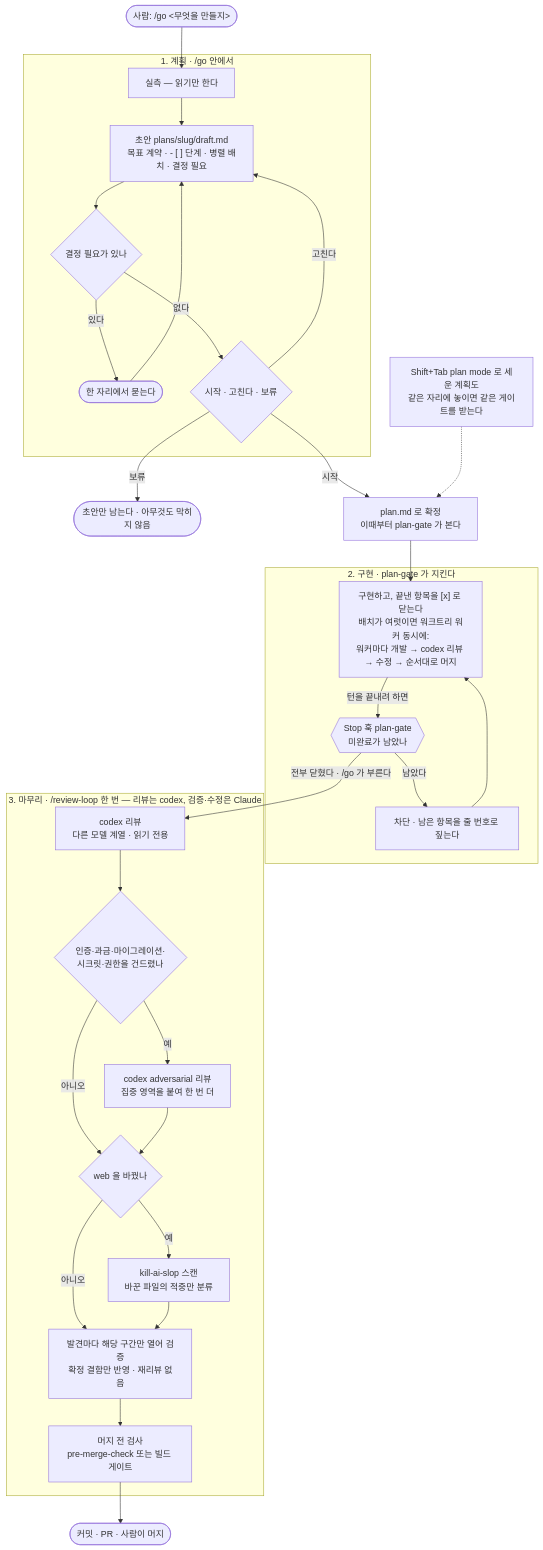
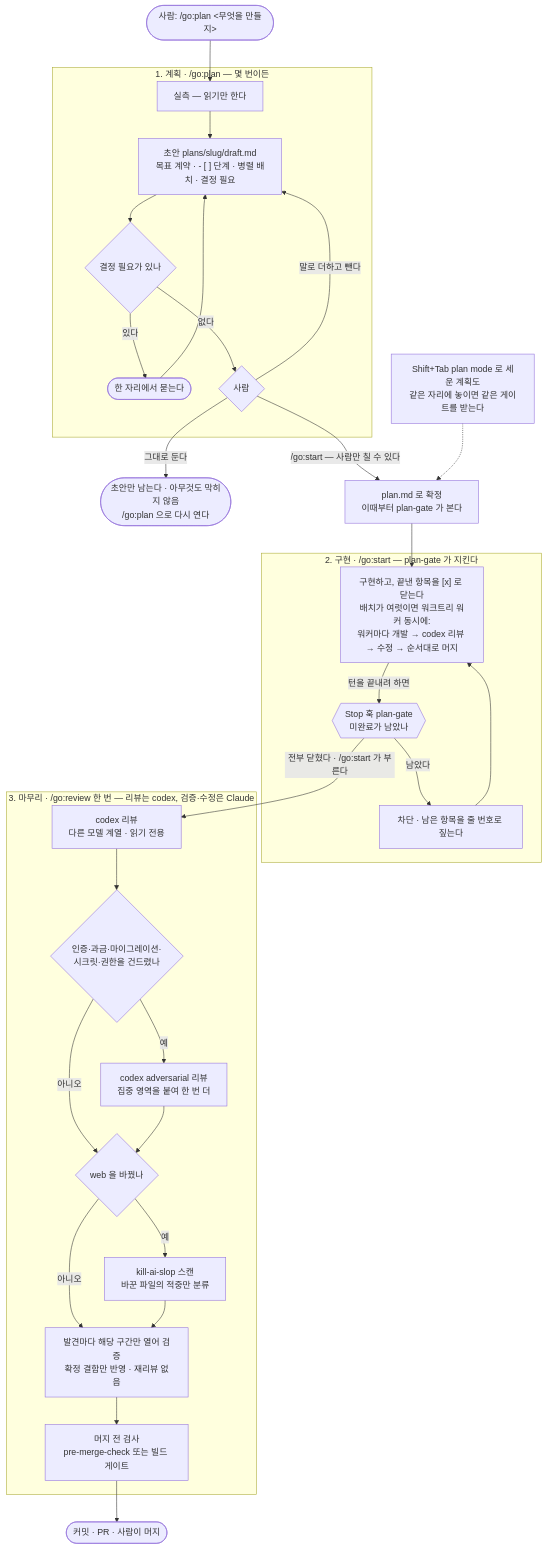
The first of 3 diagrams in README.md (jwjinn/go-skill), drawn with Mermaid before and after one commit. The commit also changed other lines of this file and 12 other files, not shown here.

First line of the commit message:
feat(go): 플러그인 go 로 묶고 명령을 셋으로 나눈다 — /go:plan · /go:start(사람만) · /go:review (#8)

````diff
--- a/README.md
+++ b/README.md
@@ -19,37 +23,37 @@
 ```mermaid
 flowchart TD
-    U(["사람: /go <무엇을 만들지>"]) --> PM
+    U(["사람: /go:plan <무엇을 만들지>"]) --> PM
 
-    subgraph S1["1. 계획 · /go 안에서"]
+    subgraph S1["1. 계획 · /go:plan — 몇 번이든"]
         PM["실측 — 읽기만 한다"] --> PF["초안 plans/slug/draft.md<br/>목표 계약 · - [ ] 단계 · 병렬 배치 · 결정 필요"]
         PF --> DQ{"결정 필요가 있나"}
         DQ -->|"있다"| ASK(["한 자리에서 묻는다"]) --> PF
-        DQ -->|"없다"| OK{"시작 · 고친다 · 보류"}
-        OK -->|"고친다"| PF
+        DQ -->|"없다"| OK{"사람"}
+        OK -->|"말로 더하고 뺀다"| PF
     end
 
-    OK -->|"보류"| HOLD(["초안만 남는다 · 아무것도 막히지 않음"])
-    OK -->|"시작"| CONF["plan.md 로 확정<br/>이때부터 plan-gate 가 본다"] --> IM
+    OK -->|"그대로 둔다"| HOLD(["초안만 남는다 · 아무것도 막히지 않음<br/>/go:plan 으로 다시 연다"])
+    OK -->|"/go:start — 사람만 칠 수 있다"| CONF["plan.md 로 확정<br/>이때부터 plan-gate 가 본다"] --> IM
     G["Shift+Tab plan mode 로 세운 계획도<br/>같은 자리에 놓이면 같은 게이트를 받는다"] -.-> CONF
 
-    subgraph S2["2. 구현 · plan-gate 가 지킨다"]
+    subgraph S2["2. 구현 · /go:start — plan-gate 가 지킨다"]
         IM["구현하고, 끝낸 항목을 [x] 로 닫는다<br/>배치가 여럿이면 워크트리 워커 동시에:<br/>워커마다 개발 → codex 리뷰 → 수정 → 순서대로 머지"] -->|"턴을 끝내려 하면"| GT{{"Stop 훅 plan-gate<br/>미완료가 남았나"}}
         GT -->|"남았다"| BL["차단 · 남은 항목을 줄 번호로 짚는다"]
         BL --> IM
     end
 
-    GT -->|"전부 닫혔다 · /go 가 부른다"| CX
+    GT -->|"전부 닫혔다 · /go:start 가 부른다"| CX
 
-    subgraph S3["3. 마무리 · /review-loop 한 번 — 리뷰는 codex, 검증·수정은 Claude"]
+    subgraph S3["3. 마무리 · /go:review 한 번 — 리뷰는 codex, 검증·수정은 Claude"]
         CX["codex 리뷰<br/>다른 모델 계열 · 읽기 전용"] --> SEN{"인증·과금·마이그레이션·<br/>시크릿·권한을 건드렸나"}
         SEN -->|"예"| ADV["codex adversarial 리뷰<br/>집중 영역을 붙여 한 번 더"]
         SEN -->|"아니오"| WB{"web 을 바꿨나"}
         ADV --> WB
         WB -->|"예"| SL["kill-ai-slop 스캔<br/>바꾼 파일의 적중만 분류"]
         WB -->|"아니오"| FX
         SL --> FX["발견마다 해당 구간만 열어 검증<br/>확정 결함만 반영 · 재리뷰 없음"]
         FX --> CK["머지 전 검사<br/>pre-merge-check 또는 빌드 게이트"]
     end
 
     CK --> PR(["커밋 · PR · 사람이 머지"])
 ```
````
